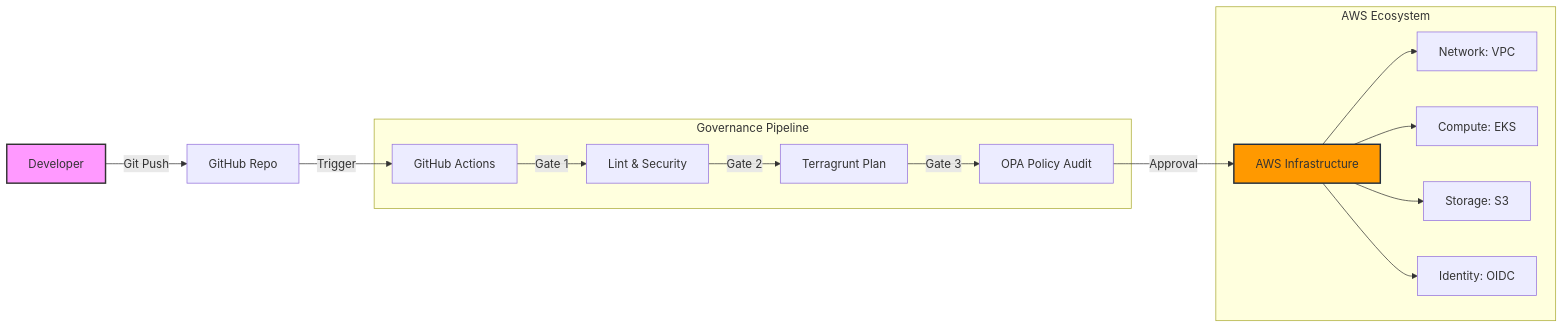
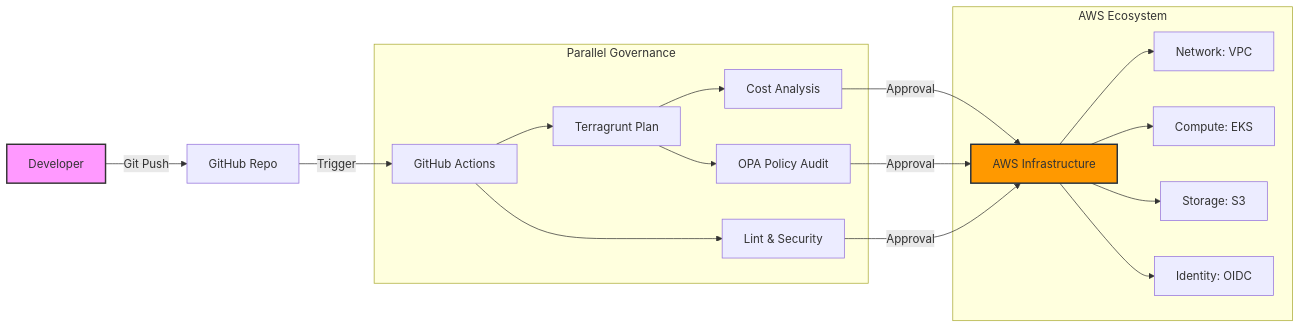
One commit to ok-karthik/enterprise-aws-infrastructure-terragrunt changed the first of 2 diagrams in README.md. Above: the diagram before and after it, drawn with Mermaid.

Commit message:
docs: update infrastructure governance pipeline architecture diagram to reflect parallel execution and cost analysis addition

````diff
--- a/README.md
+++ b/README.md
@@ -19,23 +19,24 @@
 ```mermaid
 graph LR
     Dev[Developer] -->|Git Push| Git[GitHub Repo]
     Git -->|Trigger| GHA[GitHub Actions]
 
-    subgraph "Governance Pipeline"
-    GHA -->|Gate 1| Static[Lint & Security]
-    Static -->|Gate 2| Plan[Terragrunt Plan]
-    Plan -->|Gate 3| OPA[OPA Policy Audit]
+    subgraph "Parallel Governance"
+    GHA --> Static[Lint & Security]
+    GHA --> Plan[Terragrunt Plan]
+    Plan --> Cost[Cost Analysis]
+    Plan --> OPA[OPA Policy Audit]
     end
 
-    OPA -->|Approval| AWS[AWS Infrastructure]
+    Cost & OPA & Static -->|Approval| AWS[AWS Infrastructure]
 
     subgraph "AWS Ecosystem"
     AWS --> VPC["Network: VPC"]
     AWS --> EKS["Compute: EKS"]
     AWS --> S3["Storage: S3"]
     AWS --> IAM["Identity: OIDC"]
     end
 
     style Dev fill:#f9f,stroke:#333,stroke-width:2px
     style AWS fill:#ff9900,stroke:#232f3e,stroke-width:2px
 ```
````
